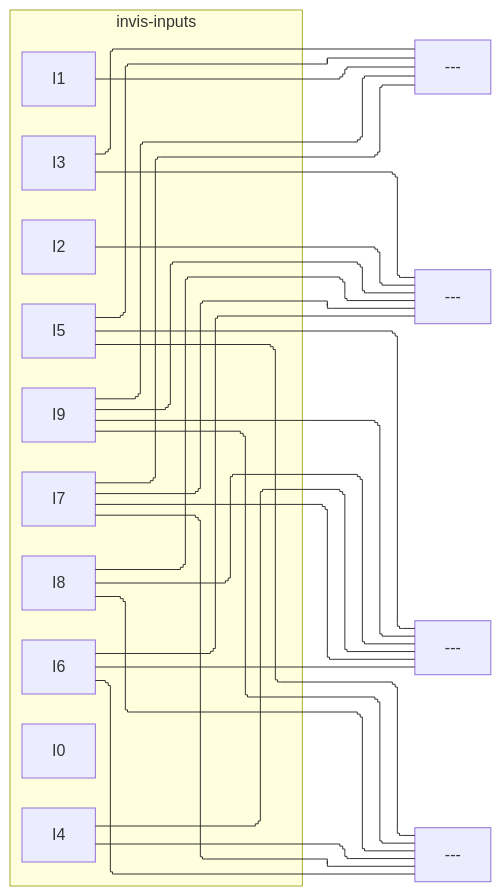
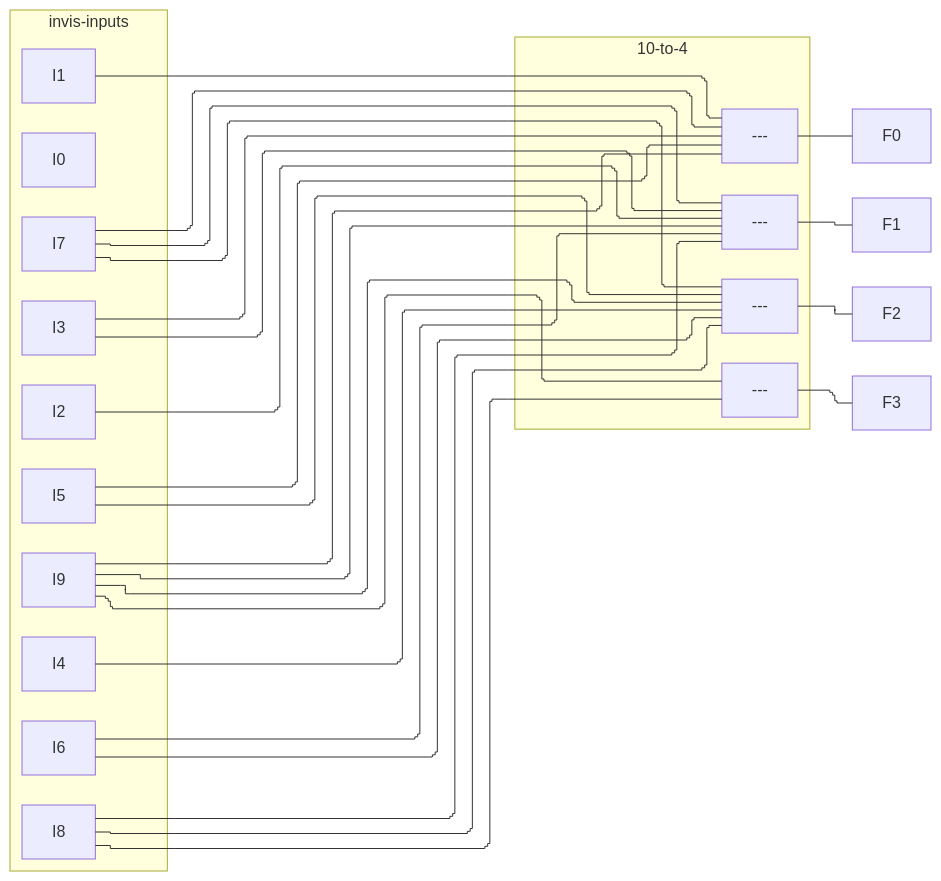
The third of 3 diagrams in CSDS 281 - Logic Design/HW/7/tables.md (tnichols217/notes), drawn with Mermaid before and after one commit.

Commit message:
vault backup: 2024-03-27 11:47:14

````diff
--- a/CSDS 281 - Logic Design/HW/7/tables.md
+++ b/CSDS 281 - Logic Design/HW/7/tables.md
@@ -111,23 +111,26 @@
 ```mermaid
 %%{ init: { 'flowchart': { 'curve': 'stepBefore', "defaultRenderer": "elk" } } }%%
 flowchart LR
 subgraph invis-inputs
 I0
 I1
 I2
 I3
 I4
 I5
 I6
 I7
 I8
 I9
 end
-
+subgraph 10-to-4
 I1 & I3 & I5 & I7 & I9 --- or0[---]
 I2 & I3 & I6 & I7 & I8 & I9 --- or1[---]
 I4 & I5 & I6 & I7 & I8 & I9 --- or2[---]
-I4 & I5 & I6 & I7 & I8 & I9 --- or3[---]
-
-
+I8 & I9 --- or3[---]
+end
+or0 --- F0
+or1 --- F1
+or2 --- F2
+or3 --- F3
 ```
````
